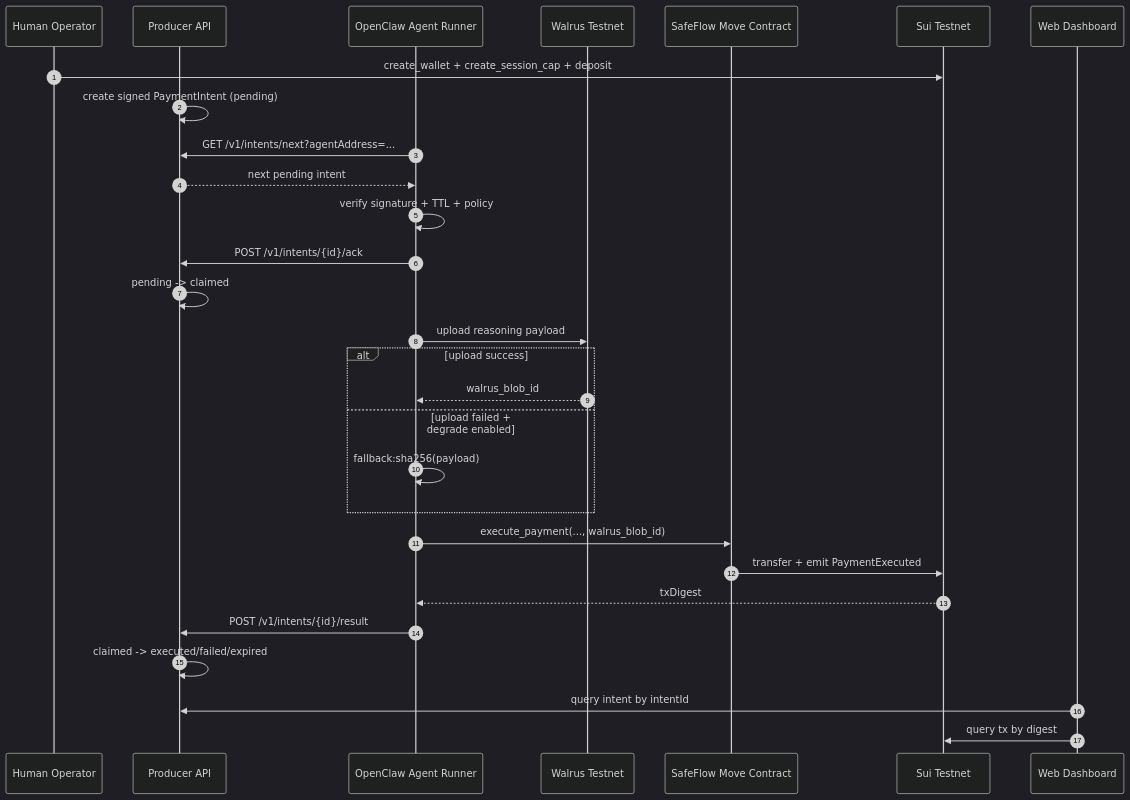
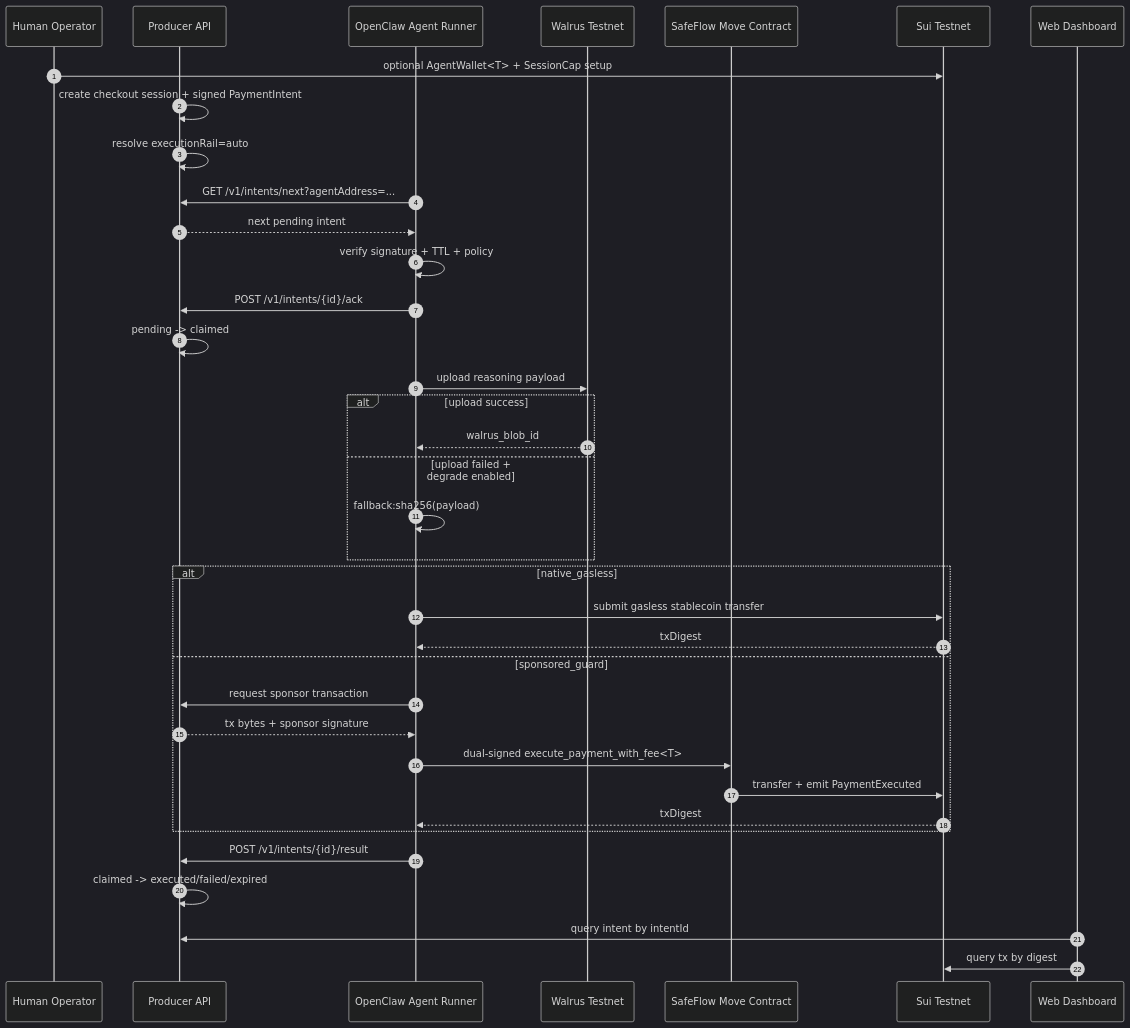
The diagram in docs/slides/safeflow-hackathon.marp.md (FWangZil/safeflow-sui), drawn with Mermaid (dark theme) before and after one commit. The commit also changed other lines of this file and 58 other files, not shown here.

````diff
--- a/docs/slides/safeflow-hackathon.marp.md
+++ b/docs/slides/safeflow-hackathon.marp.md
@@ -86,34 +78,42 @@
 ```mermaid
 sequenceDiagram
     autonumber
     participant Human as Human Operator
     participant API as Producer API
     participant Agent as OpenClaw Agent Runner
     participant Walrus as Walrus Testnet
     participant Contract as SafeFlow Move Contract
     participant Chain as Sui Testnet
     participant UI as Web Dashboard
 
-    Human->>Chain: create_wallet + create_session_cap + deposit
-    API->>API: create signed PaymentIntent (pending)
+    Human->>Chain: optional AgentWallet<T> + SessionCap setup
+    API->>API: create checkout session + signed PaymentIntent
+    API->>API: resolve executionRail=auto
     Agent->>API: GET /v1/intents/next?agentAddress=...
     API-->>Agent: next pending intent
     Agent->>Agent: verify signature + TTL + policy
     Agent->>API: POST /v1/intents/{id}/ack
     API->>API: pending -> claimed
 
     Agent->>Walrus: upload reasoning payload
     alt upload success
         Walrus-->>Agent: walrus_blob_id
     else upload failed + degrade enabled
         Agent->>Agent: fallback:sha256(payload)
     end
 
-    Agent->>Contract: execute_payment(..., walrus_blob_id)
-    Contract->>Chain: transfer + emit PaymentExecuted
-    Chain-->>Agent: txDigest
+    alt native_gasless
+      Agent->>Chain: submit gasless stablecoin transfer
+      Chain-->>Agent: txDigest
+    else sponsored_guard
+      Agent->>API: request sponsor transaction
+      API-->>Agent: tx bytes + sponsor signature
+      Agent->>Contract: dual-signed execute_payment_with_fee<T>
+      Contract->>Chain: transfer + emit PaymentExecuted
+      Chain-->>Agent: txDigest
+    end
     Agent->>API: POST /v1/intents/{id}/result
     API->>API: claimed -> executed/failed/expired
     UI->>API: query intent by intentId
     UI->>Chain: query tx by digest
 ```
````
